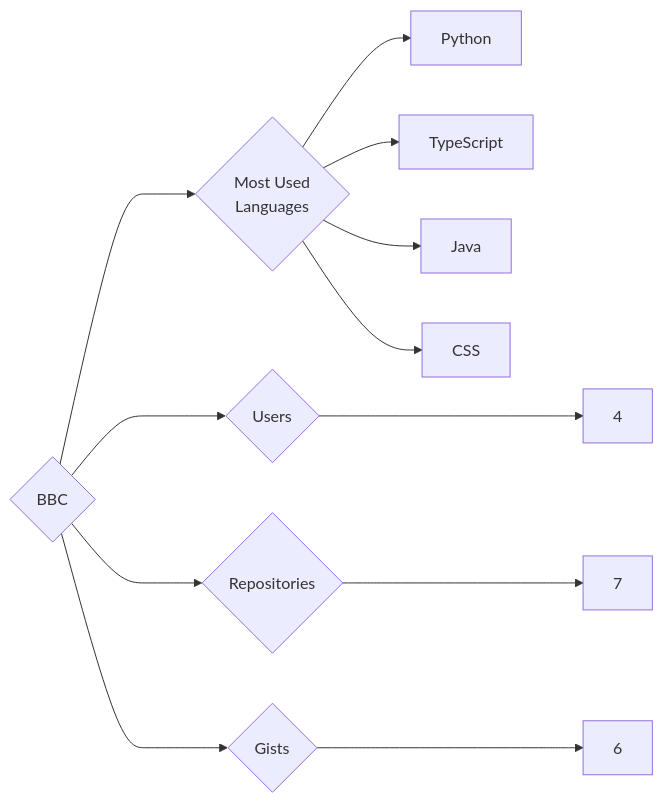
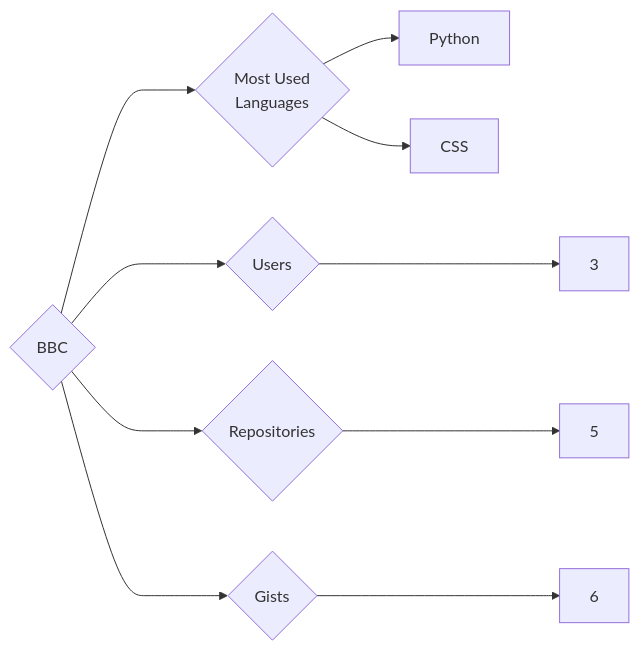
One commit to trickest/insiders changed the diagram in targets/BBC/README.md. Above: the diagram before and after it, drawn with Mermaid. The commit also changed 938 other files, not shown here.

````diff
--- a/targets/BBC/README.md
+++ b/targets/BBC/README.md
@@ -3,12 +3,10 @@
 ```mermaid
 graph LR
 COMPANY_NAME{BBC}
-COMPANY_NAME ---> U{Users} ---> UN[4]
-COMPANY_NAME ---> R{Repositories} ---> RN[7]
+COMPANY_NAME ---> U{Users} ---> UN[3]
+COMPANY_NAME ---> R{Repositories} ---> RN[5]
 COMPANY_NAME ---> G{Gists} ---> GN[6]
 COMPANY_NAME ---> ML{Most Used<br>Languages}
 ML --> Python[Python]
-ML --> TypeScript[TypeScript]
-ML --> Java[Java]
 ML --> CSS[CSS]
 ```
````
